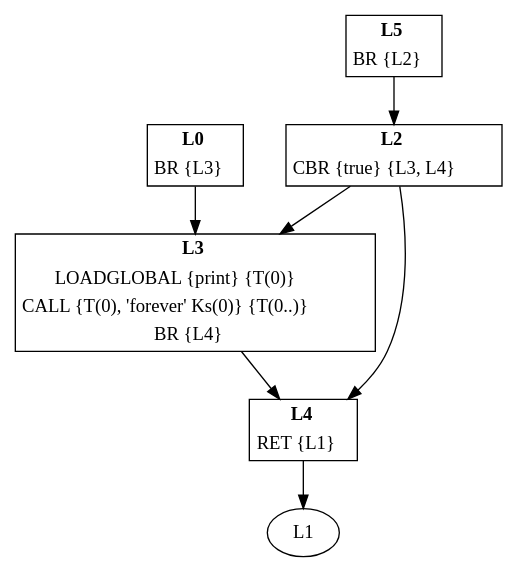
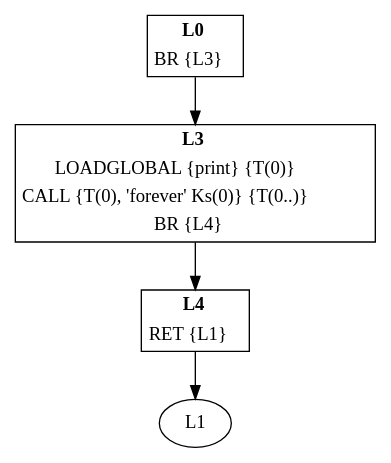
Before and after one commit to dibyendumajumdar/ravi-compiler: the diagram in docs/cfg/repeat1.gv, drawn with Graphviz. The commit also changed 11 other files, not shown here.

```diff
--- a/docs/cfg/repeat1.gv
+++ b/docs/cfg/repeat1.gv
@@ -1,30 +1,19 @@
 digraph Proc1 {
 L0 [shape=none, margin=0, label=<<TABLE BORDER="1" CELLBORDER="0">
 <TR><TD><B>L0</B></TD></TR>
 <TR><TD>BR {L3}</TD></TR>
 </TABLE>>];
 L0 -> L3
-L2 [shape=none, margin=0, label=<<TABLE BORDER="1" CELLBORDER="0">
-<TR><TD><B>L2</B></TD></TR>
-<TR><TD>CBR {true} {L3, L4}</TD></TR>
-</TABLE>>];
-L2 -> L3
-L2 -> L4
 L3 [shape=none, margin=0, label=<<TABLE BORDER="1" CELLBORDER="0">
 <TR><TD><B>L3</B></TD></TR>
 <TR><TD>LOADGLOBAL {print} {T(0)}</TD></TR>
 <TR><TD>CALL {T(0), 'forever' Ks(0)} {T(0..)}</TD></TR>
 <TR><TD>BR {L4}</TD></TR>
 </TABLE>>];
 L3 -> L4
 L4 [shape=none, margin=0, label=<<TABLE BORDER="1" CELLBORDER="0">
 <TR><TD><B>L4</B></TD></TR>
 <TR><TD>RET {L1}</TD></TR>
 </TABLE>>];
 L4 -> L1
-L5 [shape=none, margin=0, label=<<TABLE BORDER="1" CELLBORDER="0">
-<TR><TD><B>L5</B></TD></TR>
-<TR><TD>BR {L2}</TD></TR>
-</TABLE>>];
-L5 -> L2
 }
```
